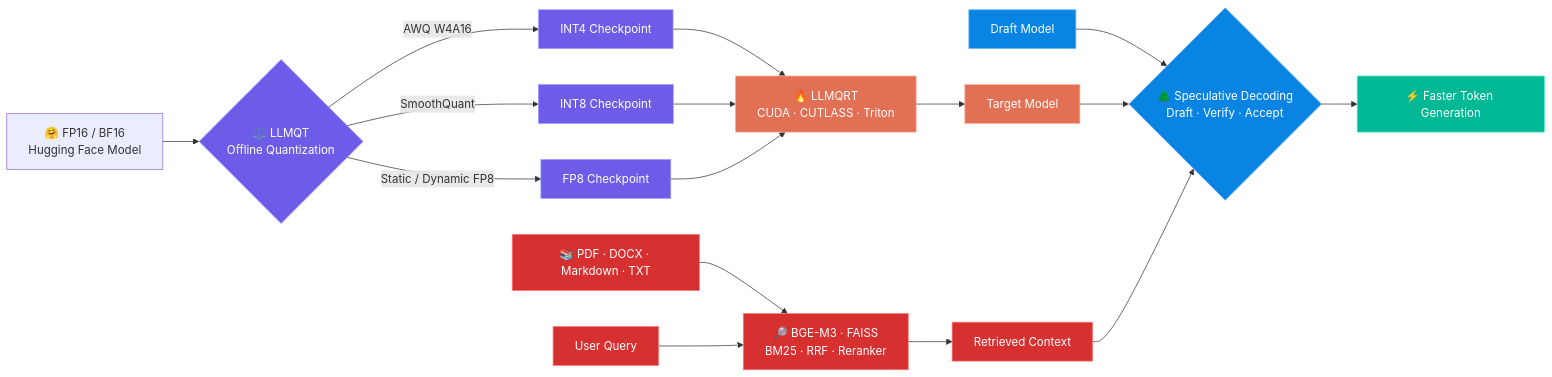
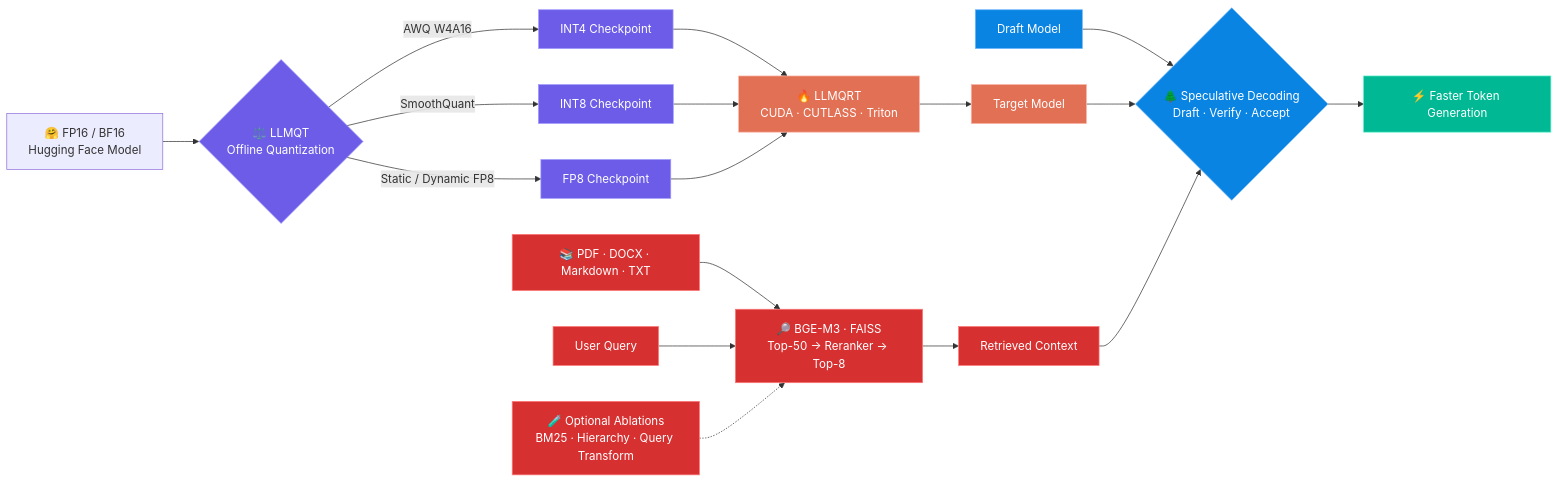
One commit to VN-BVB/LLMRQT-SDv1 changed the first of 3 diagrams in Readme.md. Above: the diagram before and after it, drawn with Mermaid. The commit also changed other lines of this file and 62 other files, not shown here.

````diff
--- a/Readme.md
+++ b/Readme.md
@@ -50,32 +52,33 @@
 ```mermaid
 flowchart LR
     A["🤗 FP16 / BF16<br/>Hugging Face Model"] --> B{"⚖️ LLMQT<br/>Offline Quantization"}
     B -->|AWQ W4A16| C1["INT4 Checkpoint"]
     B -->|SmoothQuant| C2["INT8 Checkpoint"]
     B -->|Static / Dynamic FP8| C3["FP8 Checkpoint"]
 
     C1 --> D["🔥 LLMQRT<br/>CUDA · CUTLASS · Triton"]
     C2 --> D
     C3 --> D
 
     D --> E["Target Model"]
     F["Draft Model"] --> G{"🌲 Speculative Decoding<br/>Draft · Verify · Accept"}
     E --> G
     G --> H["⚡ Faster Token Generation"]
 
-    K["📚 PDF · DOCX · Markdown · TXT"] --> I["🔎 BGE-M3 · FAISS<br/>BM25 · RRF · Reranker"]
+    K["📚 PDF · DOCX · Markdown · TXT"] --> I["🔎 BGE-M3 · FAISS<br/>Top-50 → Reranker → Top-8"]
     Q["User Query"] --> I
+    X["🧪 Optional Ablations<br/>BM25 · Hierarchy · Query Transform"] -.-> I
     I --> P["Retrieved Context"]
     P --> G
 
     classDef quant fill:#6C5CE7,color:#fff,stroke:#A29BFE
     classDef runtime fill:#E17055,color:#fff,stroke:#FAB1A0
     classDef spec fill:#0984E3,color:#fff,stroke:#74B9FF
     classDef output fill:#00B894,color:#fff,stroke:#55EFC4
     classDef rag fill:#D63031,color:#fff,stroke:#FF7675
     class B,C1,C2,C3 quant
     class D,E runtime
     class F,G spec
     class H output
-    class K,I,Q,P rag
+    class K,I,Q,P,X rag
 ```
````
